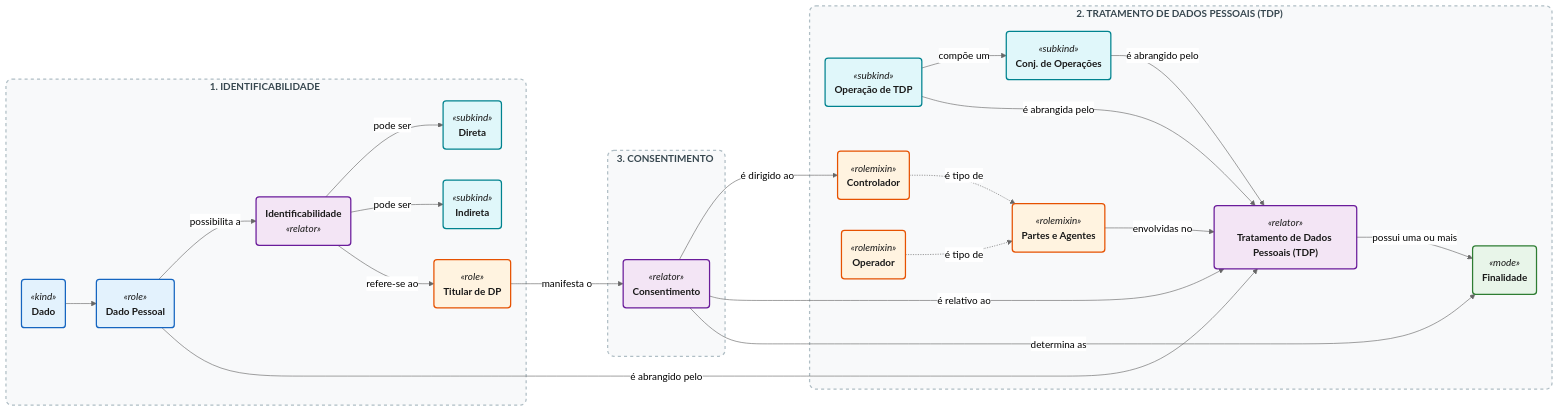
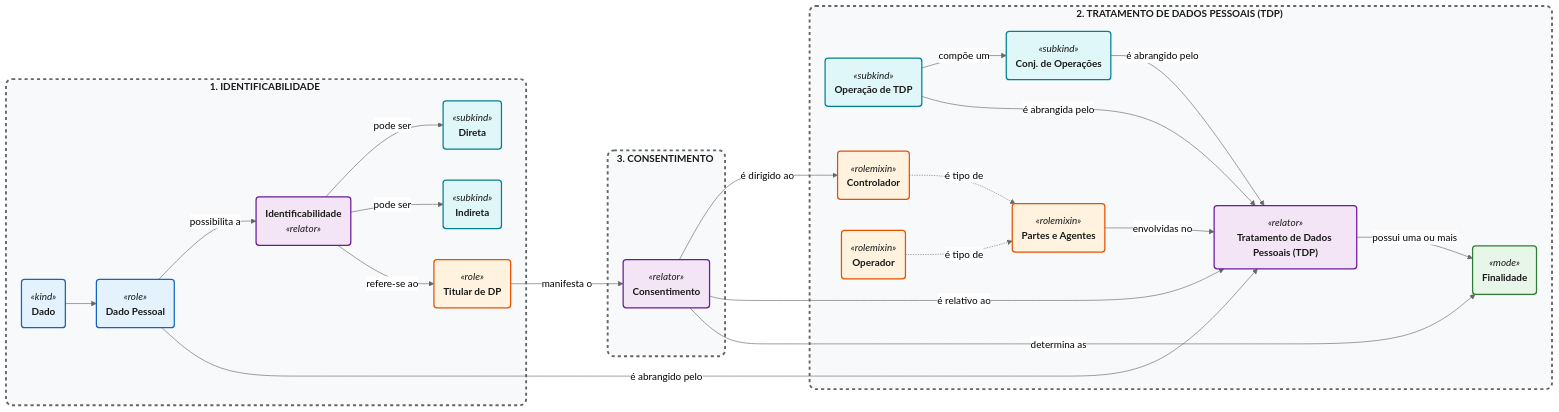
Before and after one commit to TNK443/Dissertacao: the second of 3 diagrams in ONTOPRIVACY/README.md, drawn with Mermaid (neutral theme). The commit also changed other lines of this file, not shown here.

````diff
--- a/ONTOPRIVACY/README.md
+++ b/ONTOPRIVACY/README.md
@@ -188,7 +187,7 @@
     %% ESTILIZAÇÃO DAS CAIXAS (CLEAN DESIGN)
     %% --------------------------------------------------------
     %% Fundos neutros (cinza super claro) para não ofuscar os nós coloridos
-    style G1 fill:#F8F9FA,stroke:#B0BEC5,stroke-width:2px,color:#37474F,stroke-dasharray: 5 5,rx:10,ry:10
-    style G2 fill:#F8F9FA,stroke:#B0BEC5,stroke-width:2px,color:#37474F,stroke-dasharray: 5 5,rx:10,ry:10
-    style G3 fill:#F8F9FA,stroke:#B0BEC5,stroke-width:2px,color:#37474F,stroke-dasharray: 5 5,rx:10,ry:10
+    style G1 fill:#F8F9FA,stroke:#656565,stroke-width:3px,color:#1A1A1A,stroke-dasharray: 5 5,rx:10,ry:10
+    style G2 fill:#F8F9FA,stroke:#656565,stroke-width:3px,color:#1A1A1A,stroke-dasharray: 5 5,rx:10,ry:10
+    style G3 fill:#F8F9FA,stroke:#656565,stroke-width:3px,color:#1A1A1A,stroke-dasharray: 5 5,rx:10,ry:10
 ```
````
